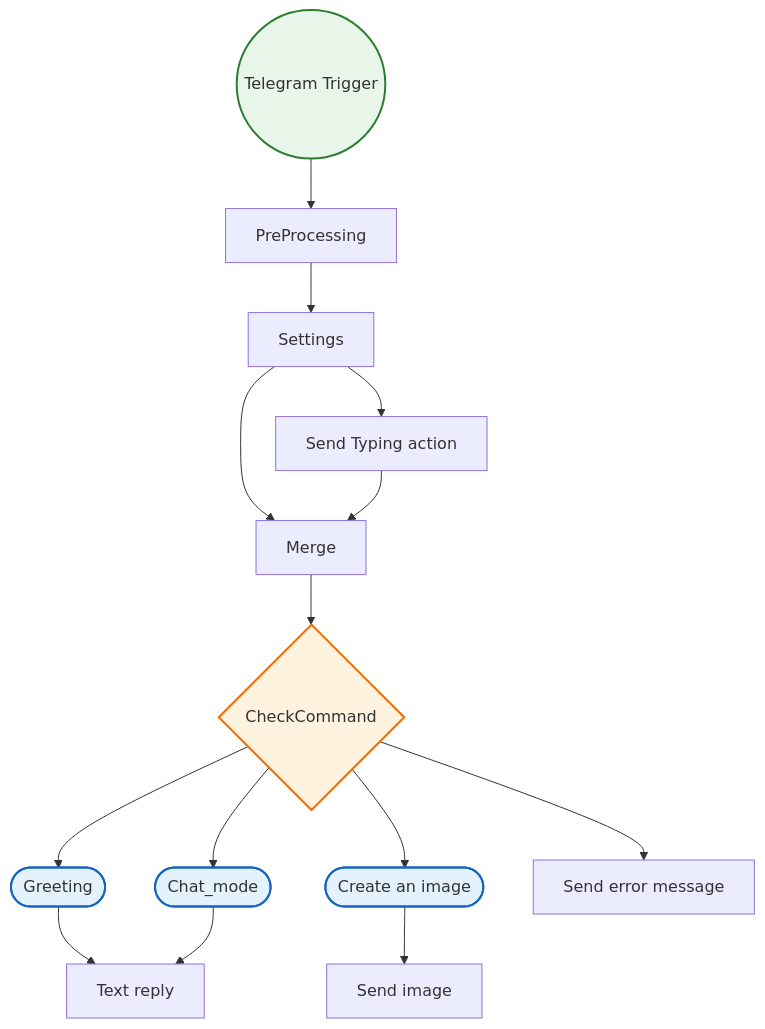
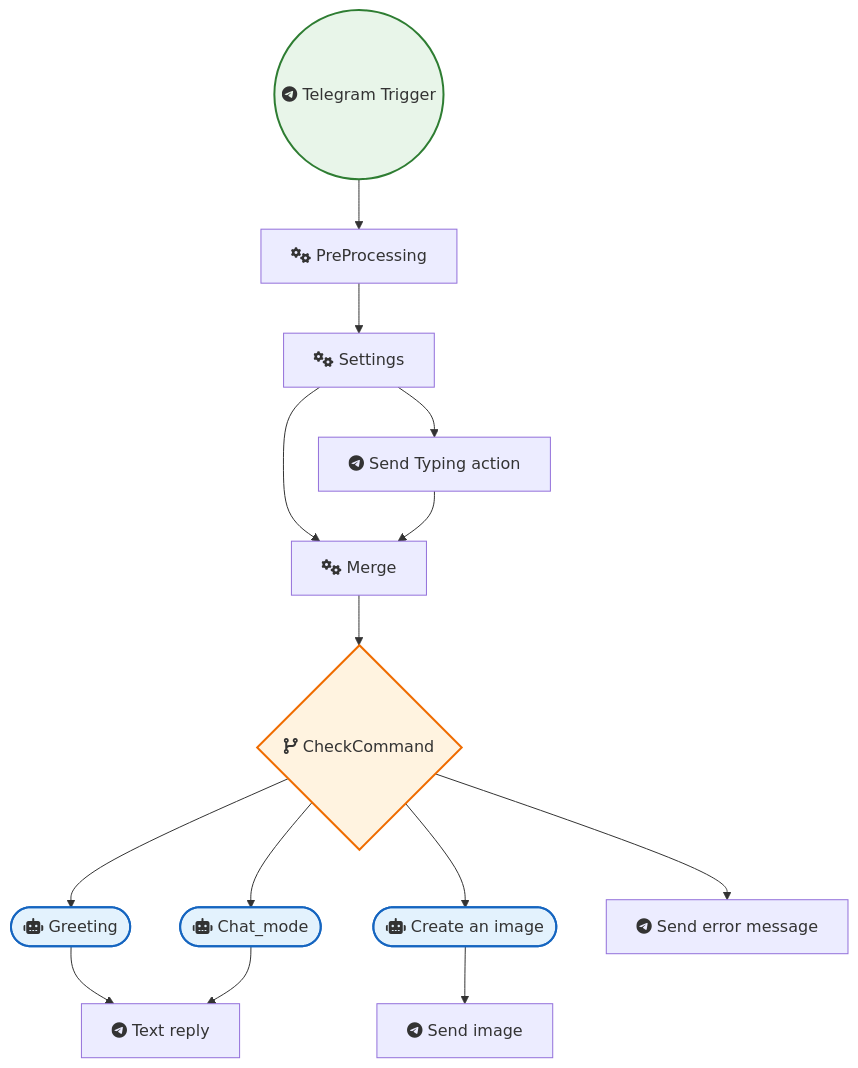
Before and after one commit to sreyash3105/N8N-DEMO-AUTOMATIONS: the diagram in Telegram/Telegram Ai-bot.md, drawn with Mermaid. The commit also changed 291 other files, not shown here.

````diff
--- a/Telegram/Telegram Ai-bot.md
+++ b/Telegram/Telegram Ai-bot.md
@@ -1,33 +1,33 @@
 ```mermaid
 graph TD
     classDef trigger fill:#e8f5e9,stroke:#2e7d32,stroke-width:2px;
     classDef ai fill:#e3f2fd,stroke:#1565c0,stroke-width:2px;
     classDef logic fill:#fff3e0,stroke:#ef6c00,stroke-width:2px;
 
-    Telegram_Trigger(("Telegram Trigger")):::trigger
-    CheckCommand{"CheckCommand"}:::logic
-    Settings["Settings"]
-    Chat_mode(["Chat_mode"]):::ai
-    Greeting(["Greeting"]):::ai
-    Text_reply["Text reply"]
-    Send_Typing_action["Send Typing action"]
-    Merge["Merge"]
-    Create_an_image(["Create an image"]):::ai
-    Send_error_message["Send error message"]
-    Send_image["Send image"]
-    PreProcessing["PreProcessing"]
+    Telegram_Trigger(("fab:fa-telegram Telegram Trigger")):::trigger
+    CheckCommand{"fas:fa-code-branch CheckCommand"}:::logic
+    Settings["fas:fa-cogs Settings"]
+    Chat_mode(["fas:fa-robot Chat_mode"]):::ai
+    Greeting(["fas:fa-robot Greeting"]):::ai
+    Text_reply["fab:fa-telegram Text reply"]
+    Send_Typing_action["fab:fa-telegram Send Typing action"]
+    Merge["fas:fa-cogs Merge"]
+    Create_an_image(["fas:fa-robot Create an image"]):::ai
+    Send_error_message["fab:fa-telegram Send error message"]
+    Send_image["fab:fa-telegram Send image"]
+    PreProcessing["fas:fa-cogs PreProcessing"]
 
     Merge --> CheckCommand
     Greeting --> Text_reply
     Settings --> Send_Typing_action
     Settings --> Merge
     Chat_mode --> Text_reply
     CheckCommand --> Chat_mode
     CheckCommand --> Greeting
     CheckCommand --> Create_an_image
     CheckCommand --> Send_error_message
     PreProcessing --> Settings
     Create_an_image --> Send_image
     Telegram_Trigger --> PreProcessing
     Send_Typing_action --> Merge
 ```
````
